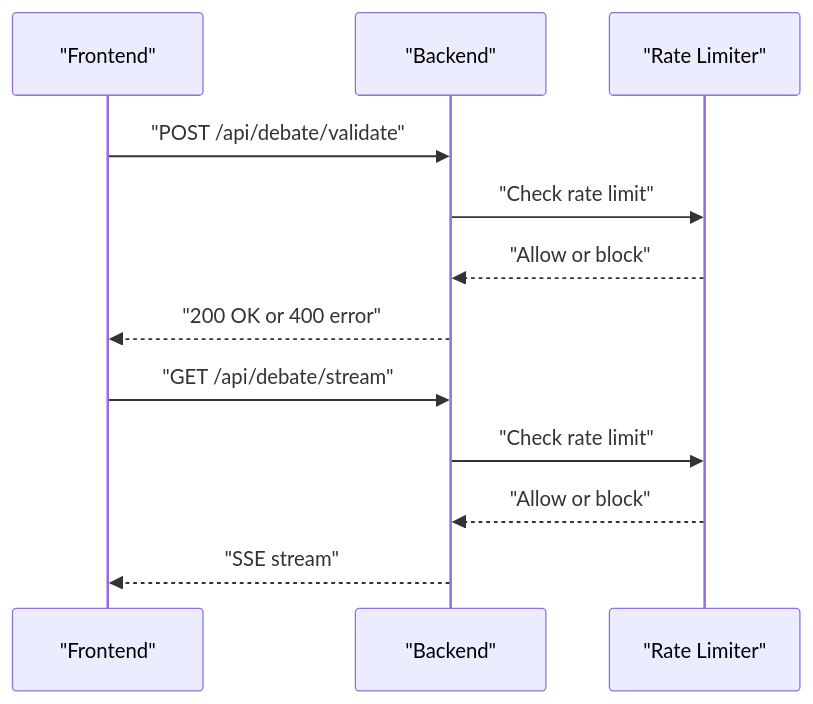
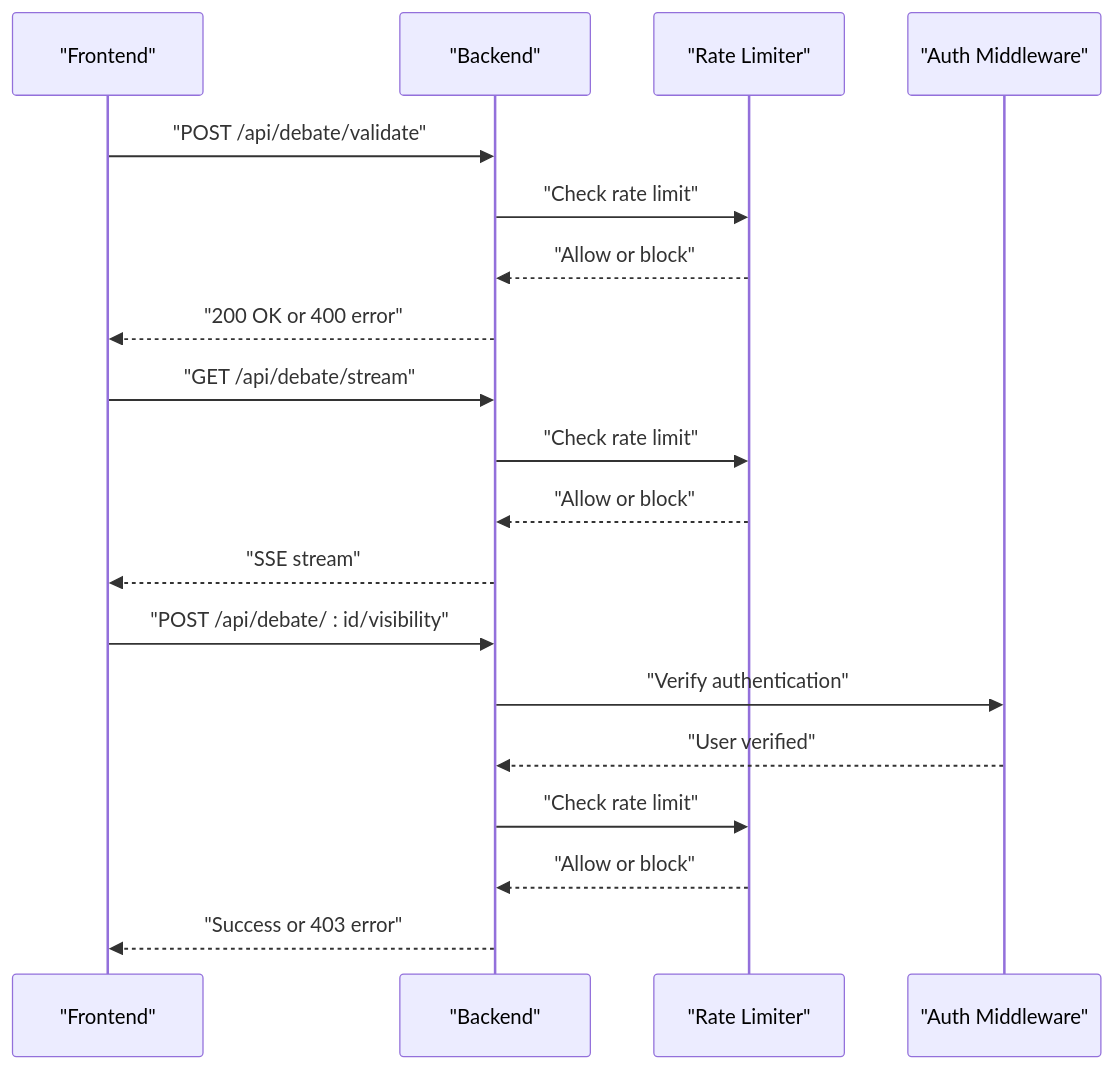
Before and after one commit to RunTimeAdmin/tri-ai: the eighth of 12 diagrams in .qoder/repowiki/en/content/Staking & Access Control System/Access Control Logic.md, drawn with Mermaid. The commit also changed other lines of this file and 40 other files, not shown here.

````diff
--- a/.qoder/repowiki/en/content/Staking & Access Control System/Access Control Logic.md
+++ b/.qoder/repowiki/en/content/Staking & Access Control System/Access Control Logic.md
@@ -178,14 +321,21 @@
 ```mermaid
 sequenceDiagram
 participant F as "Frontend"
 participant B as "Backend"
 participant R as "Rate Limiter"
+participant A as "Auth Middleware"
 F->>B : "POST /api/debate/validate"
 B->>R : "Check rate limit"
 R-->>B : "Allow or block"
 B-->>F : "200 OK or 400 error"
 F->>B : "GET /api/debate/stream"
 B->>R : "Check rate limit"
 R-->>B : "Allow or block"
 B-->>F : "SSE stream"
+F->>B : "POST /api/debate/ : id/visibility"
+B->>A : "Verify authentication"
+A-->>B : "User verified"
+B->>R : "Check rate limit"
+R-->>B : "Allow or block"
+B-->>F : "Success or 403 error"
 ```
````
